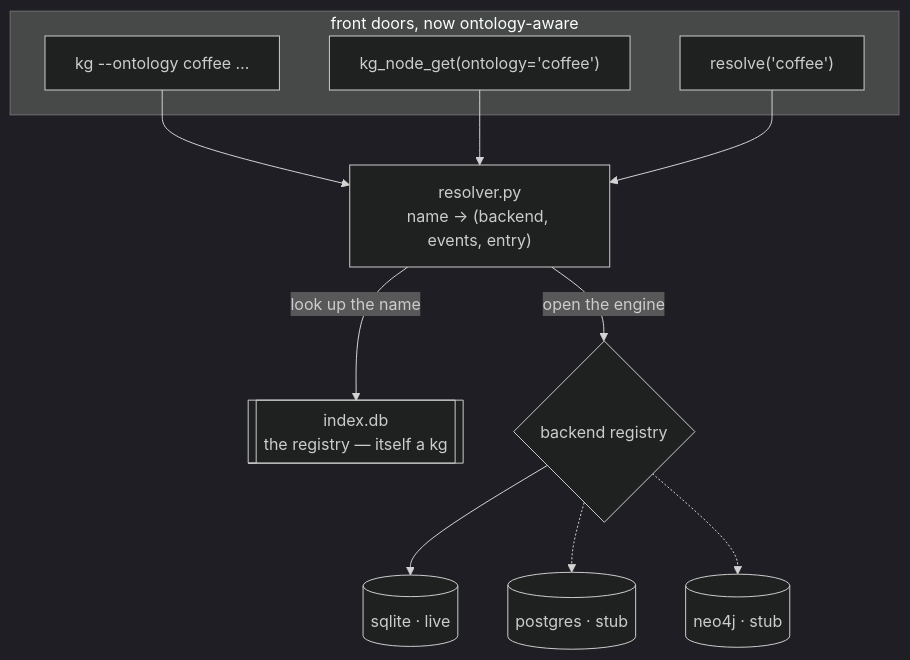
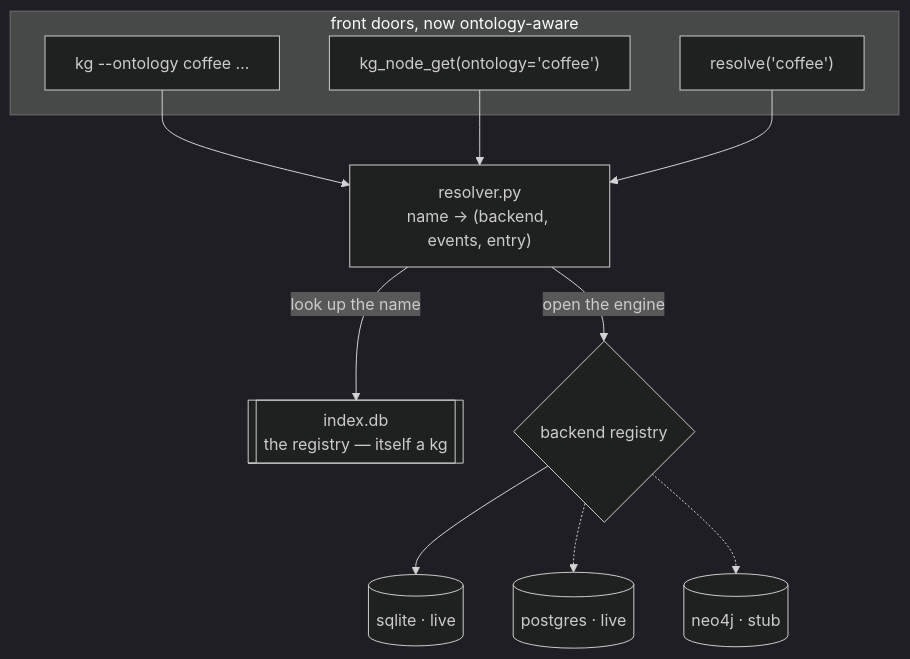
One commit to cunicopia-dev/knowledge-graph-rdbms changed the fourth of 7 diagrams in README.md. Above: the diagram before and after it, drawn with Mermaid (dark theme). The commit also changed other lines of this file and 9 other files, not shown here.

First line of the commit message:
feat: live Postgres backend + control-plane event log decoupling

````diff
--- a/README.md
+++ b/README.md
@@ -263,23 +263,23 @@
 ```mermaid
 flowchart TD
     subgraph doors["front doors, now ontology-aware"]
         CLI["kg --ontology coffee …"]
         MCP["kg_node_get(ontology='coffee')"]
         LIB["resolve('coffee')"]
     end
     RES["resolver.py<br/>name → (backend, events, entry)"]
     IDX[["index.db<br/>the registry — itself a kg"]]
     REG{"backend registry"}
     SQ[("sqlite · live")]
-    PG[("postgres · stub")]
+    PG[("postgres · live")]
     NEO[("neo4j · stub")]
 
     CLI --> RES
     MCP --> RES
     LIB --> RES
     RES -->|"look up the name"| IDX
     RES -->|"open the engine"| REG
     REG --> SQ
     REG -.-> PG
     REG -.-> NEO
 ```
````
